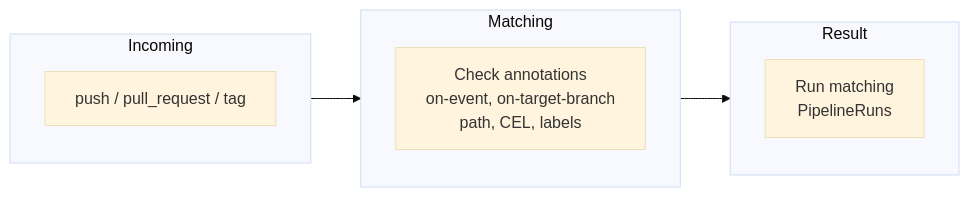
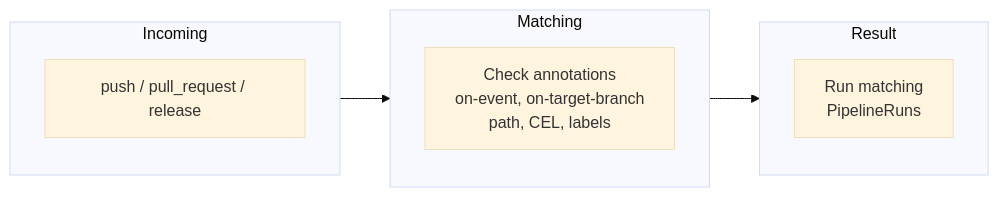
One commit to tektoncd/pipelines-as-code changed the diagram in docs/content/docs/guides/event-matching/_index.md. Above: the diagram before and after it, drawn with Mermaid (base theme). The commit also changed other lines of this file and 22 other files, not shown here.

````diff
--- a/docs/content/docs/guides/event-matching/_index.md
+++ b/docs/content/docs/guides/event-matching/_index.md
@@ -8,13 +8,13 @@
 ```mermaid
 flowchart LR
   subgraph event [Incoming]
-    E[push / pull_request / tag]
+    E[push / pull_request / release]
   end
   subgraph match [Matching]
     M[Check annotations\non-event, on-target-branch\npath, CEL, labels]
   end
   subgraph run [Result]
     R[Run matching\nPipelineRuns]
   end
   event --> match --> run
 ```
````
